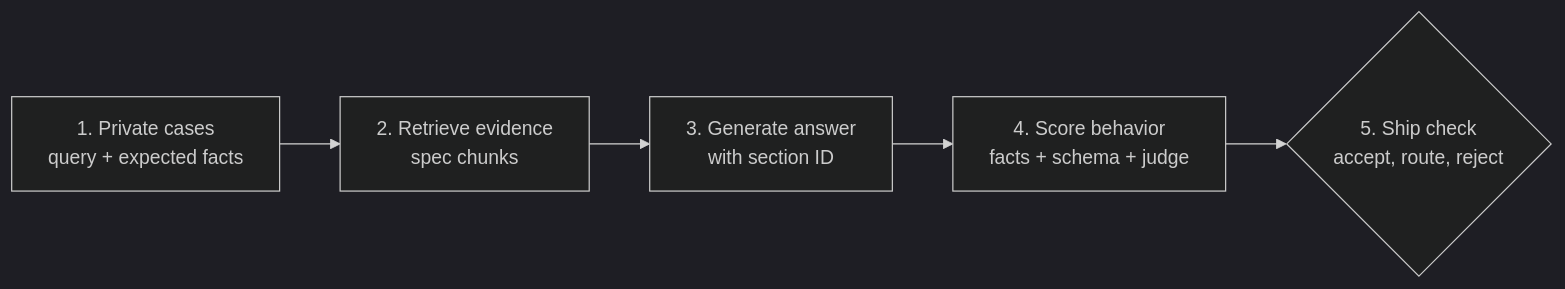
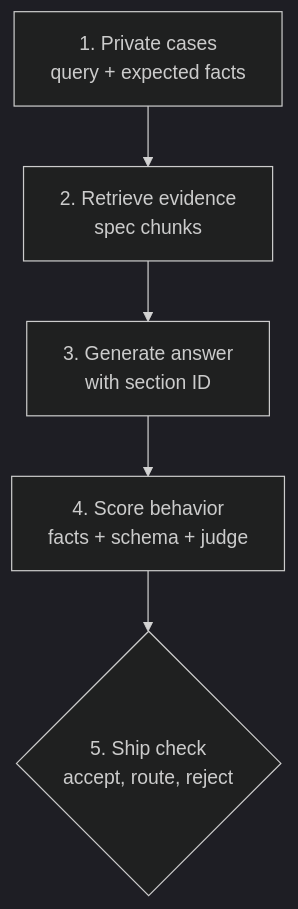
Before and after one commit to bvolpato/leetllm: the diagram in web/src/content/llmops/llm-evaluation-benchmarks-limitations/content.md, drawn with Mermaid (dark theme). The commit also changed other lines of this file and 666 other files, not shown here.

````diff
--- a/web/src/content/llmops/llm-evaluation-benchmarks-limitations/content.md
+++ b/web/src/content/llmops/llm-evaluation-benchmarks-limitations/content.md
@@ -77,7 +74,7 @@
 ```mermaid
-flowchart LR
+flowchart TB
     C["1. Private cases<br/>query + expected facts"]:::primary --> R["2. Retrieve evidence<br/>spec chunks"]:::secondary
     R --> A["3. Generate answer<br/>with section ID"]:::secondary
     A --> S["4. Score behavior<br/>facts + schema + judge"]:::warning
     S --> G{"5. Ship check<br/>accept, route, reject"}:::success
 ```
````
